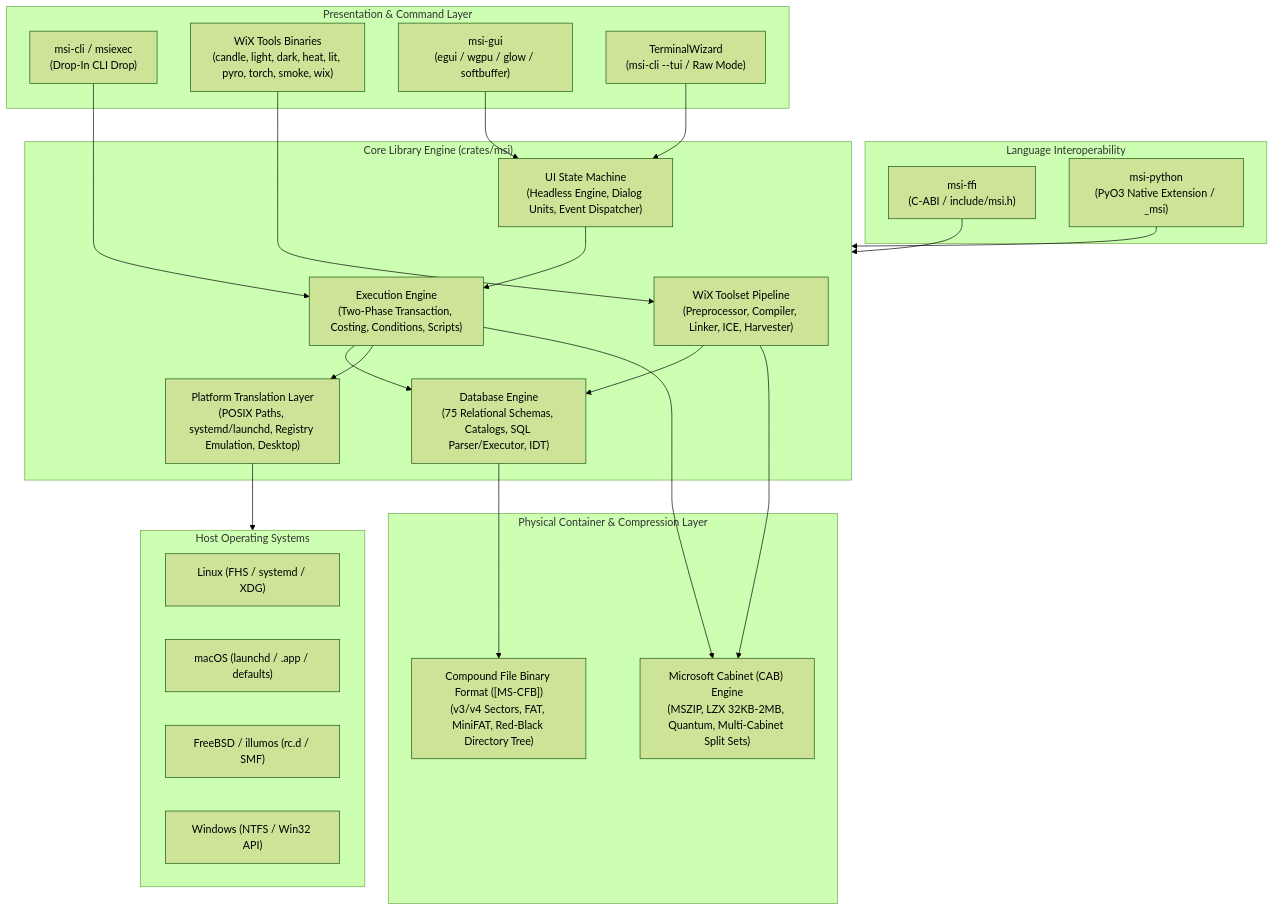
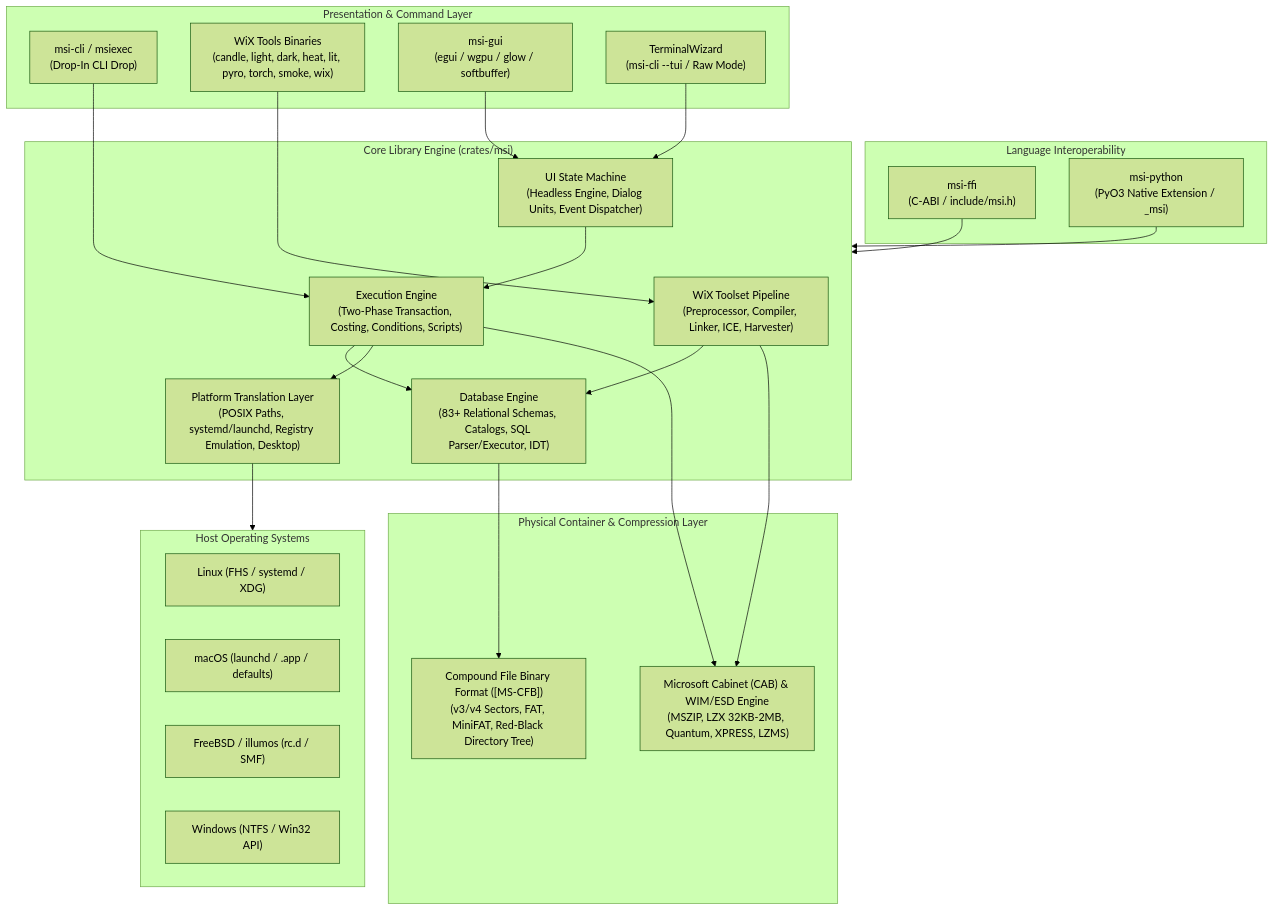
The first of 13 diagrams in ARCHITECTURE.md (SamuelMarks/msi-rs), drawn with Mermaid (forest theme) before and after one commit. The commit also changed other lines of this file and 259 other files, not shown here.

````diff
--- a/ARCHITECTURE.md
+++ b/ARCHITECTURE.md
@@ -61,51 +61,51 @@
 ```mermaid
 graph TB
     subgraph UI_CLI["Presentation & Command Layer"]
         CLI["msi-cli / msiexec<br/>(Drop-In CLI Drop)"]
         WIX_TOOLS["WiX Tools Binaries<br/>(candle, light, dark, heat, lit, pyro, torch, smoke, wix)"]
         GUI["msi-gui<br/>(egui / wgpu / glow / softbuffer)"]
         TUI["TerminalWizard<br/>(msi-cli --tui / Raw Mode)"]
     end
 
     subgraph BINDINGS["Language Interoperability"]
         FFI["msi-ffi<br/>(C-ABI / include/msi.h)"]
         PY["msi-python<br/>(PyO3 Native Extension / _msi)"]
     end
 
     subgraph CORE_ENGINE["Core Library Engine (crates/msi)"]
         WIX_PIPE["WiX Toolset Pipeline<br/>(Preprocessor, Compiler, Linker, ICE, Harvester)"]
         EXEC["Execution Engine<br/>(Two-Phase Transaction, Costing, Conditions, Scripts)"]
-        DB["Database Engine<br/>(75 Relational Schemas, Catalogs, SQL Parser/Executor, IDT)"]
+        DB["Database Engine<br/>(83+ Relational Schemas, Catalogs, SQL Parser/Executor, IDT)"]
         UI_ENGINE["UI State Machine<br/>(Headless Engine, Dialog Units, Event Dispatcher)"]
         PLATFORM["Platform Translation Layer<br/>(POSIX Paths, systemd/launchd, Registry Emulation, Desktop)"]
     end
 
     subgraph STORAGE["Physical Container & Compression Layer"]
         CFB["Compound File Binary Format ([MS-CFB])<br/>(v3/v4 Sectors, FAT, MiniFAT, Red-Black Directory Tree)"]
-        CAB["Microsoft Cabinet (CAB) Engine<br/>(MSZIP, LZX 32KB-2MB, Quantum, Multi-Cabinet Split Sets)"]
+        CAB["Microsoft Cabinet (CAB) & WIM/ESD Engine<br/>(MSZIP, LZX 32KB-2MB, Quantum, XPRESS, LZMS)"]
     end
 
     subgraph HOST_OS["Host Operating Systems"]
         LINUX["Linux (FHS / systemd / XDG)"]
         MACOS["macOS (launchd / .app / defaults)"]
         BSD["FreeBSD / illumos (rc.d / SMF)"]
         WIN["Windows (NTFS / Win32 API)"]
     end
 
     CLI --> EXEC
     WIX_TOOLS --> WIX_PIPE
     GUI --> UI_ENGINE
     TUI --> UI_ENGINE
     FFI --> CORE_ENGINE
     PY --> CORE_ENGINE
 
     WIX_PIPE --> DB
     WIX_PIPE --> CAB
     EXEC --> DB
     EXEC --> PLATFORM
     UI_ENGINE --> EXEC
 
     DB --> CFB
     EXEC --> CAB
     PLATFORM --> HOST_OS
 ```
````
